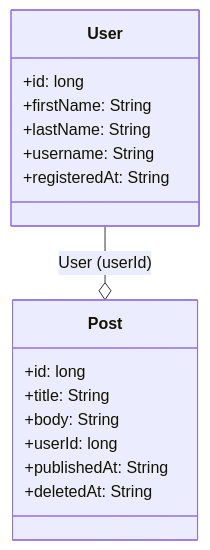
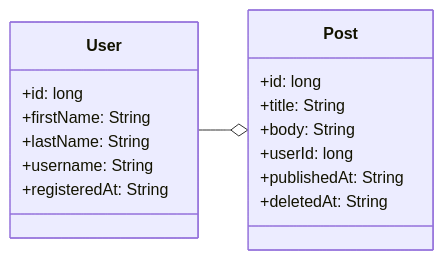
The second of 2 diagrams in README.md (ohjelmointi2/sorting-and-filtering), drawn with Mermaid before and after one commit. The commit also changed other lines of this file, not shown here.

````diff
--- a/README.md
+++ b/README.md
@@ -228,22 +228,23 @@
 ```mermaid
 classDiagram
+direction LR
 
 class User {
   +id: long
   +firstName: String
   +lastName: String
   +username: String
   +registeredAt: String
 }
 
 class Post {
   +id: long
   +title: String
   +body: String
   +userId: long
   +publishedAt: String
   +deletedAt: String
 }
 
-User --o Post : User (userId)
+User --o Post
 ```
````
